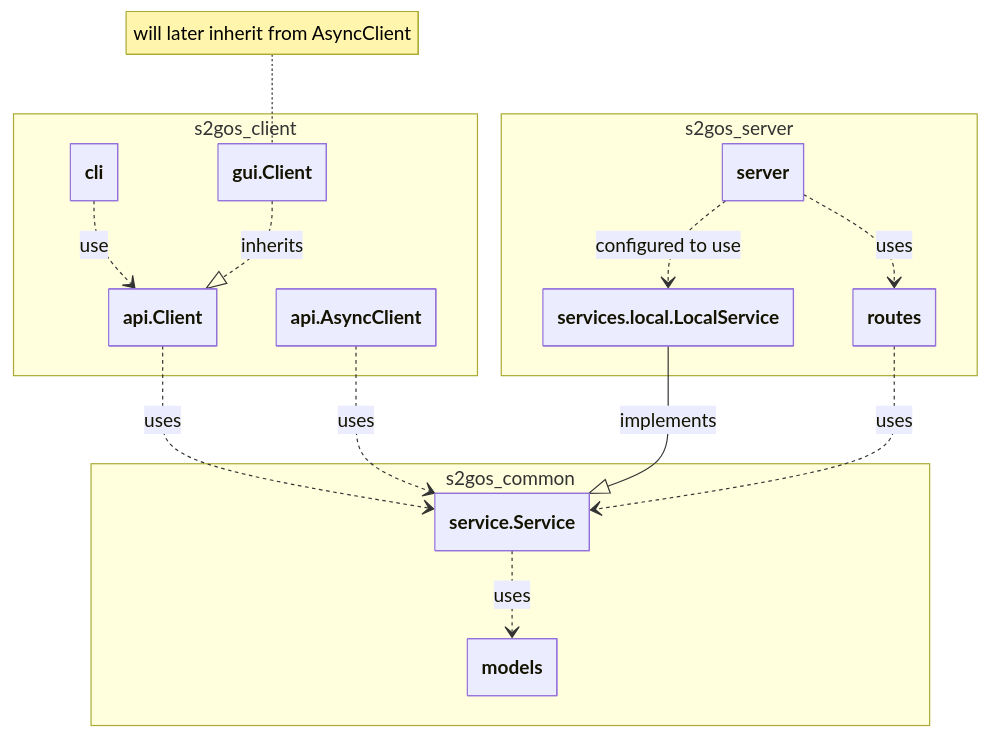
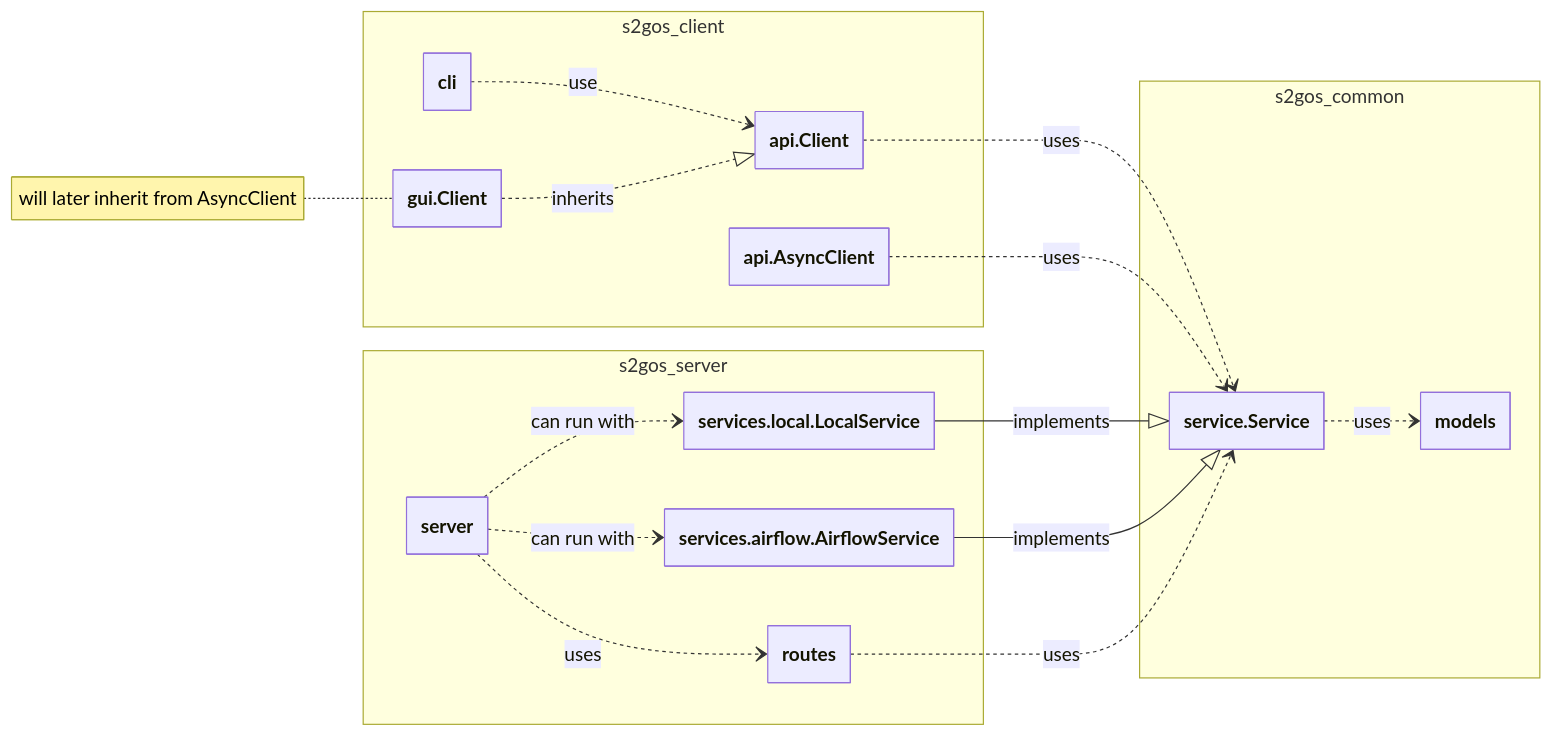
Before and after one commit to s2gos-dev/s2gos-controller: the first of 6 diagrams in docs/architecture.md, drawn with Mermaid. The commit also changed 4 other files, not shown here.

````diff
--- a/docs/architecture.md
+++ b/docs/architecture.md
@@ -8,37 +8,40 @@
 ```mermaid
 ---
 config:
     class:
         hideEmptyMembersBox: true
     theme: default
 ---
 classDiagram
-direction TB
+direction LR
     namespace s2gos_client {
         class api.AsyncClient
         class api.Client
         class gui.Client
         class cli
     }
     namespace s2gos_common {
         class models
         class service.Service
     }
     namespace s2gos_server {
         class server
         class routes
         class services.local.LocalService
+        class services.airflow.AirflowService
     }
 
     cli ..> api.Client : use
     gui.Client ..|> api.Client : inherits
     api.Client ..> service.Service : uses
     api.AsyncClient ..> service.Service : uses
     service.Service ..> models : uses
     services.local.LocalService --|> service.Service : implements
+    services.airflow.AirflowService --|> service.Service : implements
     routes ..> service.Service : uses
     server ..> routes : uses
-    server ..> services.local.LocalService : configured to use
+    server ..> services.local.LocalService : can run with
+    server ..> services.airflow.AirflowService : can run with
     
     note for gui.Client "will later inherit from AsyncClient"
 ```
````
